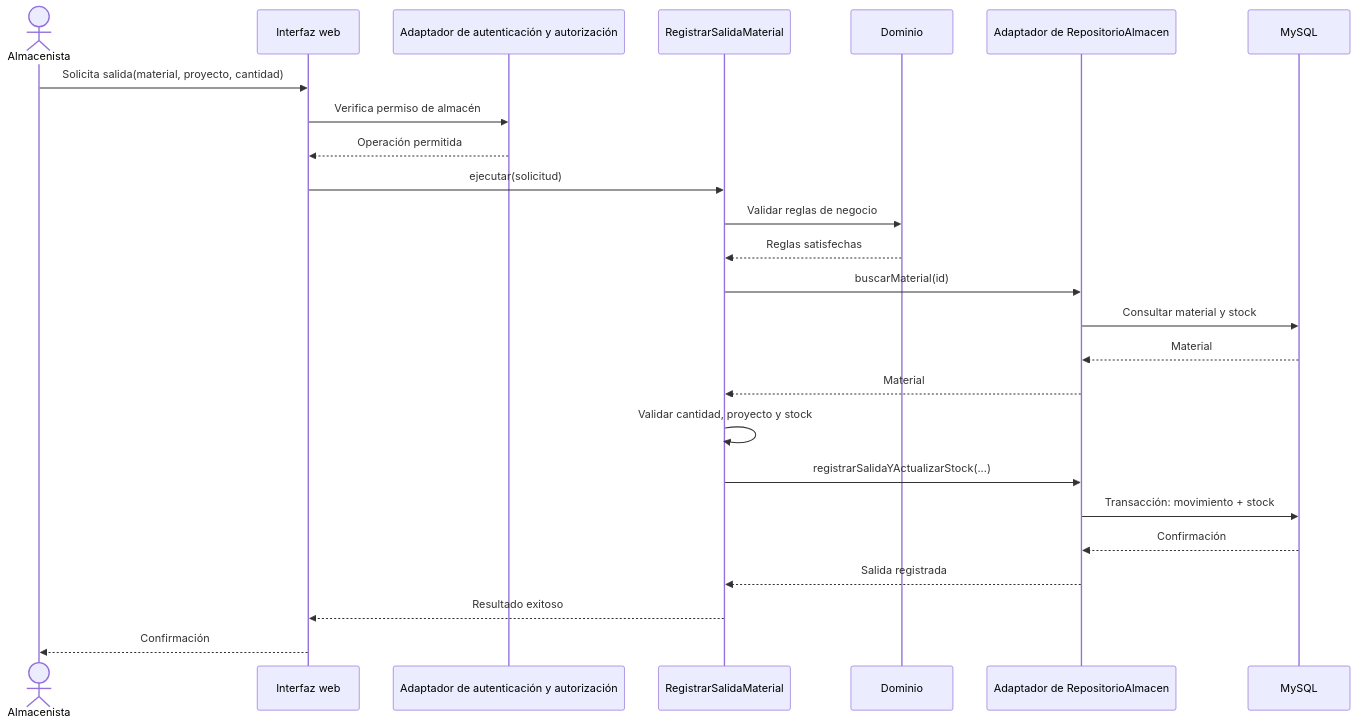
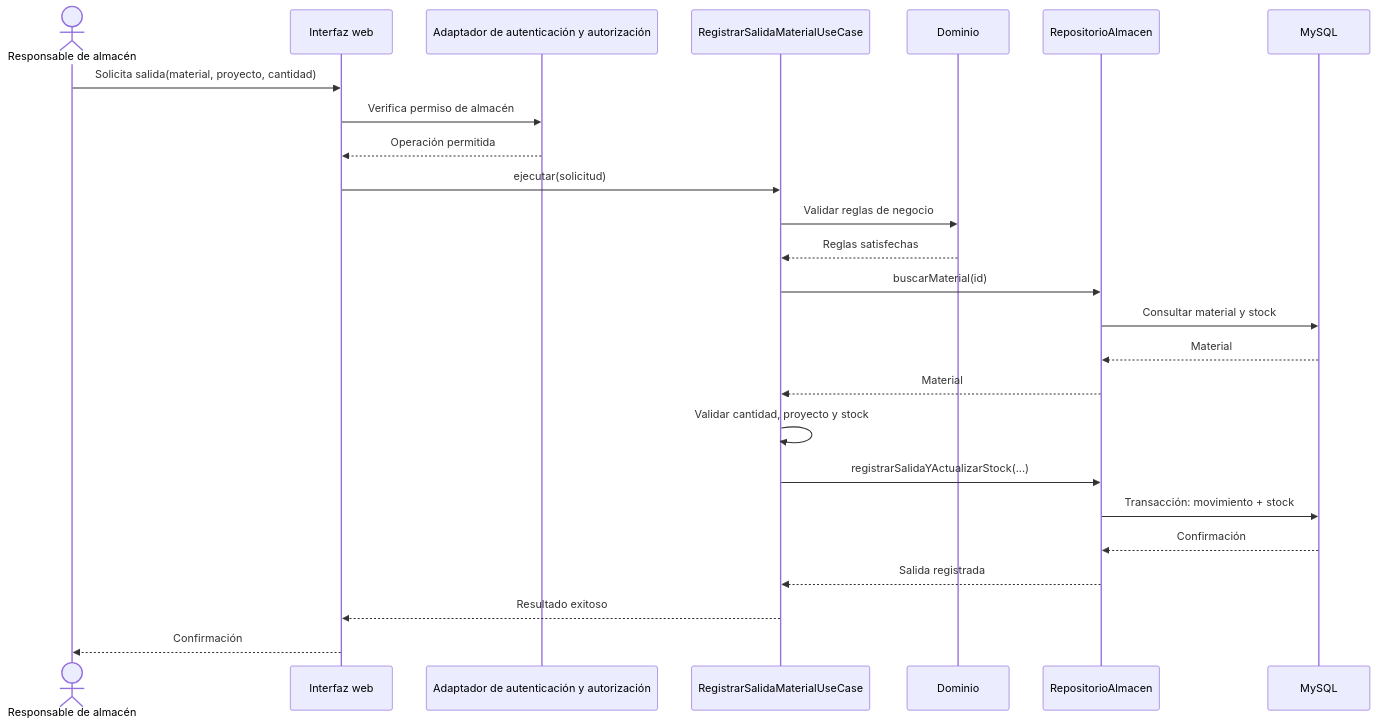
One commit to dostinarroyo/Constructora-arquitSoft-02-Dostin_Arroyo changed the second of 2 diagrams in docs/03-diseno-de-software/diseño-interno/diseño-interno-de-modulos.md. Above: the diagram before and after it, drawn with Mermaid. The commit also changed other lines of this file and 1 other file, not shown here.

````diff
--- a/docs/03-diseno-de-software/diseño-interno/diseño-interno-de-modulos.md
+++ b/docs/03-diseno-de-software/diseño-interno/diseño-interno-de-modulos.md
@@ -85,28 +286,28 @@
 ```mermaid
 sequenceDiagram
-    actor Almacenista
+    actor Responsable as Responsable de almacén
     participant UI as Interfaz web
     participant Auth as Adaptador de autenticación y autorización
-    participant UC as RegistrarSalidaMaterial
+    participant UC as RegistrarSalidaMaterialUseCase
     participant Domain as Dominio
-    participant Repo as Adaptador de RepositorioAlmacen
+    participant Repo as RepositorioAlmacen
     participant DB as MySQL
 
-    Almacenista->>UI: Solicita salida(material, proyecto, cantidad)
+    Responsable->>UI: Solicita salida(material, proyecto, cantidad)
     UI->>Auth: Verifica permiso de almacén
     Auth-->>UI: Operación permitida
     UI->>UC: ejecutar(solicitud)
     UC->>Domain: Validar reglas de negocio
     Domain-->>UC: Reglas satisfechas
     UC->>Repo: buscarMaterial(id)
     Repo->>DB: Consultar material y stock
     DB-->>Repo: Material
     Repo-->>UC: Material
     UC->>UC: Validar cantidad, proyecto y stock
     UC->>Repo: registrarSalidaYActualizarStock(...)
     Repo->>DB: Transacción: movimiento + stock
     DB-->>Repo: Confirmación
     Repo-->>UC: Salida registrada
     UC-->>UI: Resultado exitoso
-    UI-->>Almacenista: Confirmación
+    UI-->>Responsable: Confirmación
 ```
````
